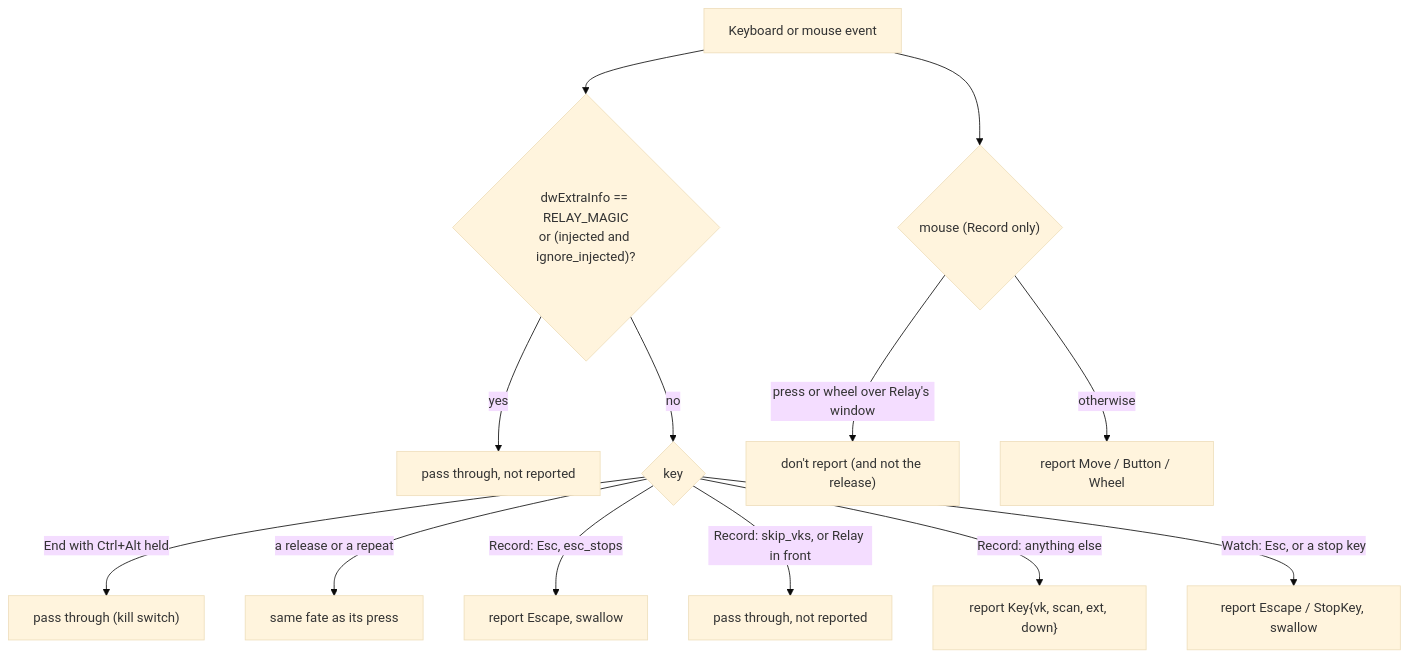
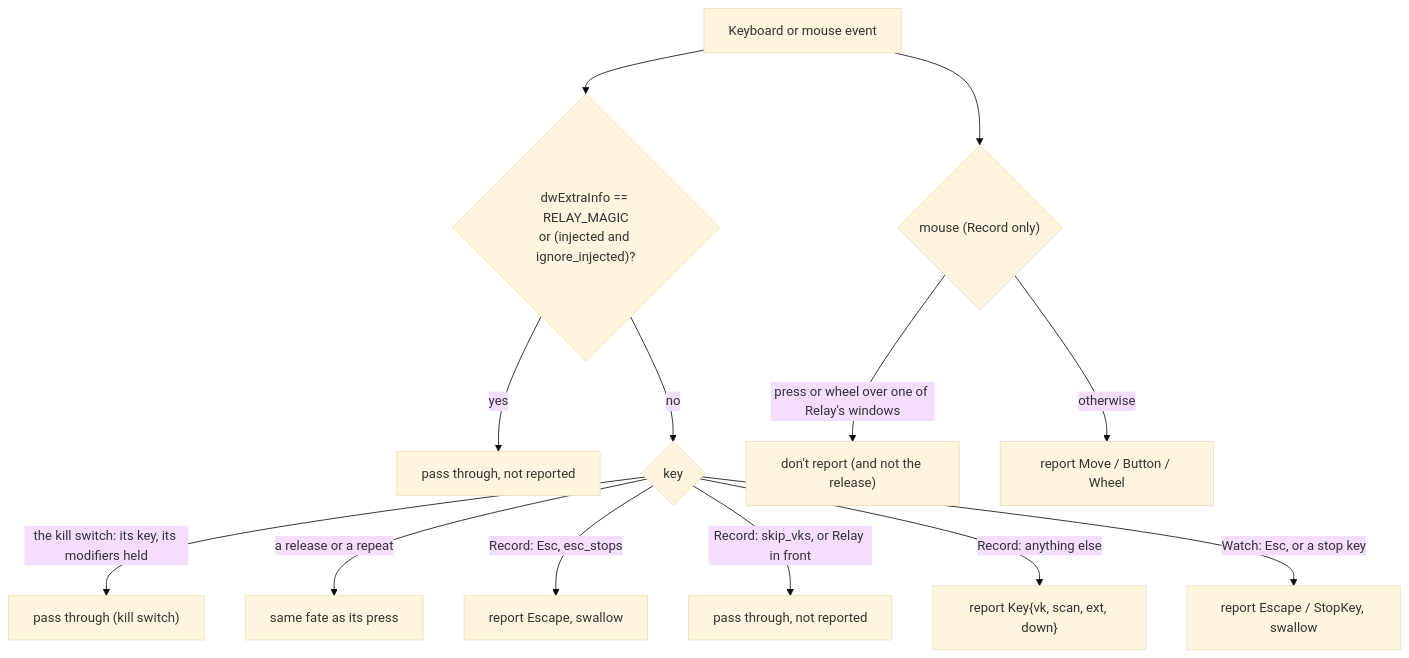
The diagram in docs/engineering/platform.md (HappyRave/Relay), drawn with Mermaid (base theme) before and after one commit. The commit also changed other lines of this file and 41 other files, not shown here.

````diff
--- a/docs/engineering/platform.md
+++ b/docs/engineering/platform.md
@@ -81,15 +86,15 @@
 ```mermaid
 flowchart TD
     E["Keyboard or mouse event"] --> M{"dwExtraInfo == RELAY_MAGIC<br/>or (injected and ignore_injected)?"}
     M -- yes --> P1["pass through, not reported"]
     M -- no --> K{"key"}
-    K -- "End with Ctrl+Alt held" --> P2["pass through (kill switch)"]
+    K -- "the kill switch: its key, its modifiers held" --> P2["pass through (kill switch)"]
     K -- "a release or a repeat" --> F["same fate as its press"]
     K -- "Record: Esc, esc_stops" --> S1["report Escape, swallow"]
     K -- "Record: skip_vks, or Relay in front" --> P3["pass through, not reported"]
     K -- "Record: anything else" --> R["report Key{vk, scan, ext, down}"]
     K -- "Watch: Esc, or a stop key" --> S2["report Escape / StopKey, swallow"]
     E --> MO{"mouse (Record only)"}
-    MO -- "press or wheel over Relay's window" --> I["don't report (and not the release)"]
+    MO -- "press or wheel over one of Relay's windows" --> I["don't report (and not the release)"]
     MO -- otherwise --> OUT["report Move / Button / Wheel"]
 ```
````
